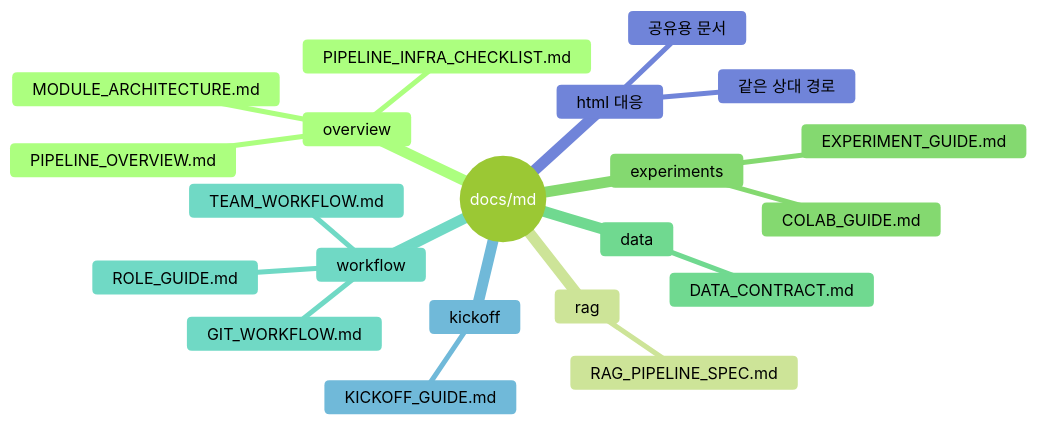
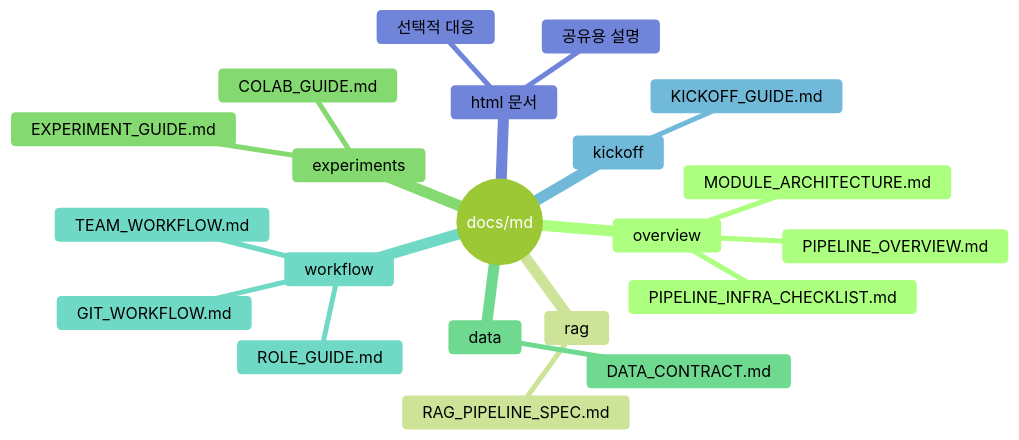
The diagram in docs/md/README.md (Codeit-Part3-6Team/Codeit-Part3-6Team-Project), drawn with Mermaid (forest theme) before and after one commit. The commit also changed other lines of this file and 4 other files, not shown here.

````diff
--- a/docs/md/README.md
+++ b/docs/md/README.md
@@ -9,24 +9,24 @@
 ```mermaid
 mindmap
   root((docs/md))
     overview
       PIPELINE_OVERVIEW.md
       MODULE_ARCHITECTURE.md
       PIPELINE_INFRA_CHECKLIST.md
     rag
       RAG_PIPELINE_SPEC.md
     experiments
       EXPERIMENT_GUIDE.md
       COLAB_GUIDE.md
     data
       DATA_CONTRACT.md
     workflow
       GIT_WORKFLOW.md
       ROLE_GUIDE.md
       TEAM_WORKFLOW.md
     kickoff
       KICKOFF_GUIDE.md
-    html 대응
-      같은 상대 경로
-      공유용 문서
+    html 문서
+      공유용 설명
+      선택적 대응
 ```
````
